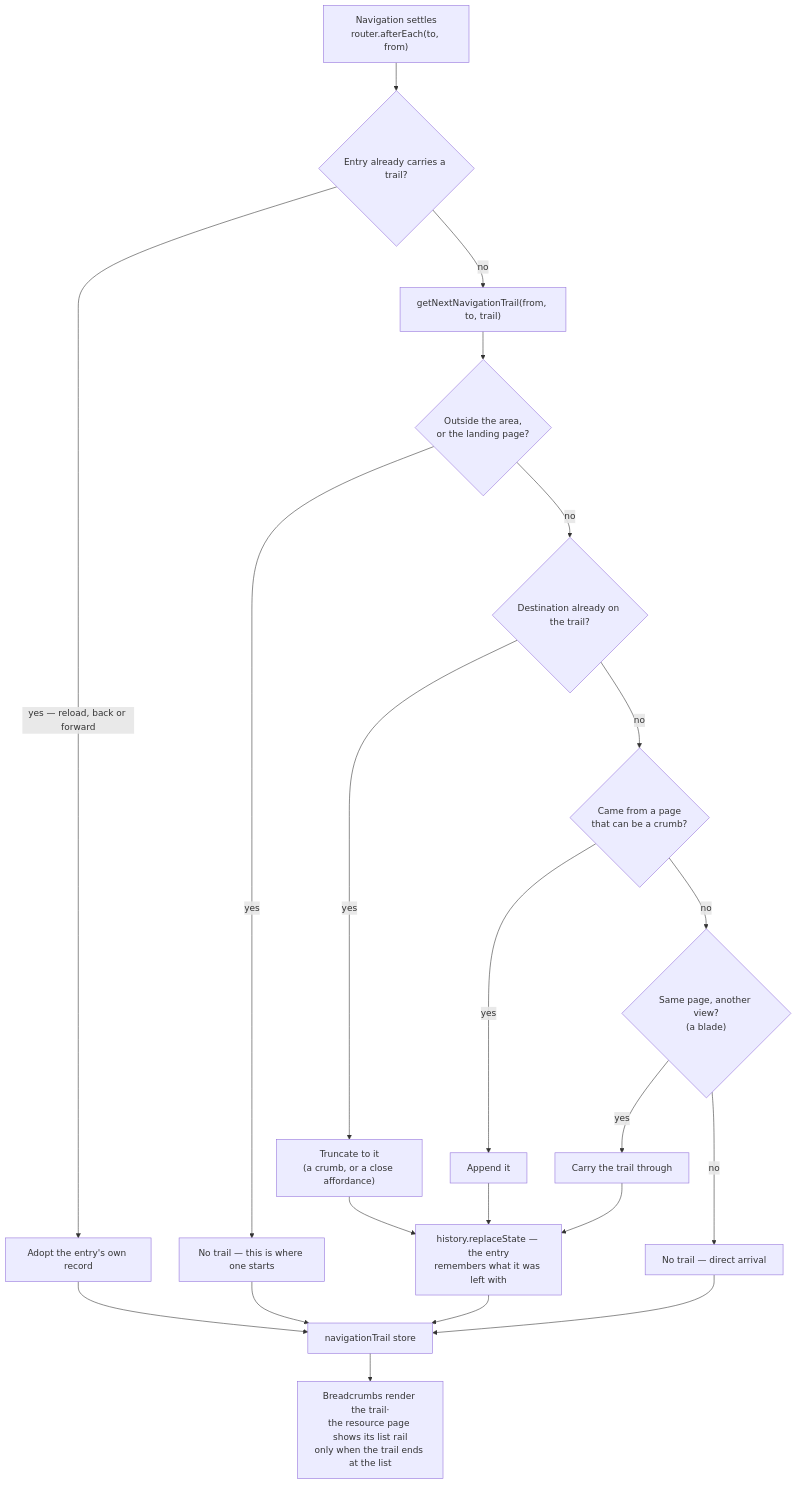
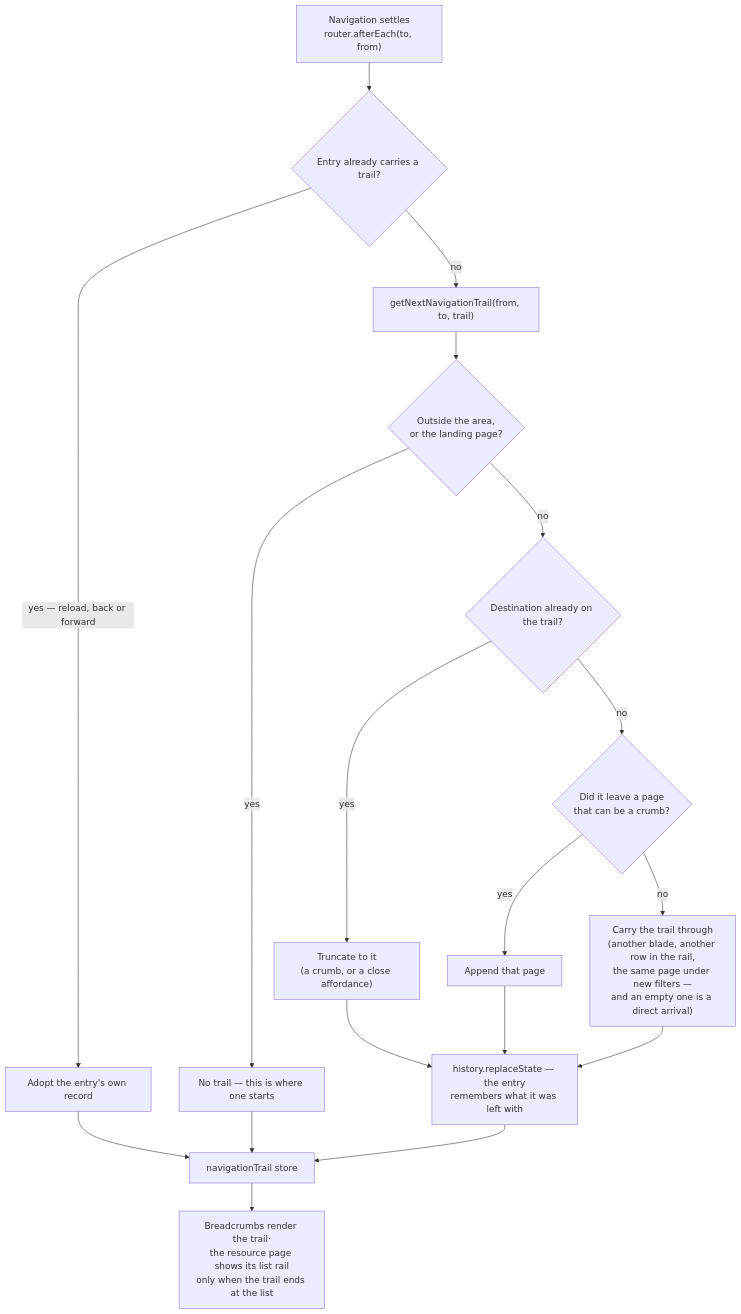
Before and after one commit to Esposter/Esposter: the diagram in packages/app/content/docs/platform/breadcrumb-trail.md, drawn with Mermaid. The commit also changed other lines of this file and 72 other files, not shown here.

````diff
--- a/packages/app/content/docs/platform/breadcrumb-trail.md
+++ b/packages/app/content/docs/platform/breadcrumb-trail.md
@@ -27,23 +27,20 @@
 ```mermaid
 flowchart TD
   NAV["Navigation settles<br/>router.afterEach(to, from)"] --> RECORDED{"Entry already carries a trail?"}
   RECORDED -->|"yes — reload, back or forward"| ADOPT["Adopt the entry's own record"]
   RECORDED -->|no| RESOLVE["getNextNavigationTrail(from, to, trail)"]
   RESOLVE --> OUT{"Outside the area,<br/>or the landing page?"}
   OUT -->|yes| EMPTY["No trail — this is where one starts"]
   OUT -->|no| BACKUP{"Destination already on the trail?"}
   BACKUP -->|yes| TRUNCATE["Truncate to it<br/>(a crumb, or a close affordance)"]
-  BACKUP -->|no| DRILL{"Came from a page<br/>that can be a crumb?"}
-  DRILL -->|yes| APPEND["Append it"]
-  DRILL -->|no| SAME{"Same page, another view?<br/>(a blade)"}
-  SAME -->|yes| CARRY["Carry the trail through"]
-  SAME -->|no| DIRECT["No trail — direct arrival"]
+  BACKUP -->|no| DRILL{"Did it leave a page<br/>that can be a crumb?"}
+  DRILL -->|yes| APPEND["Append that page"]
+  DRILL -->|no| CARRY["Carry the trail through<br/>(another blade, another row in the rail,<br/>the same page under new filters —<br/>and an empty one is a direct arrival)"]
   ADOPT --> STORE
   EMPTY --> STORE
   TRUNCATE --> RECORD
   APPEND --> RECORD
   CARRY --> RECORD
-  DIRECT --> STORE
   RECORD["history.replaceState — the entry<br/>remembers what it was left with"] --> STORE["navigationTrail store"]
   STORE --> RENDER["Breadcrumbs render the trail·<br/>the resource page shows its list rail<br/>only when the trail ends at the list"]
 ```
````
